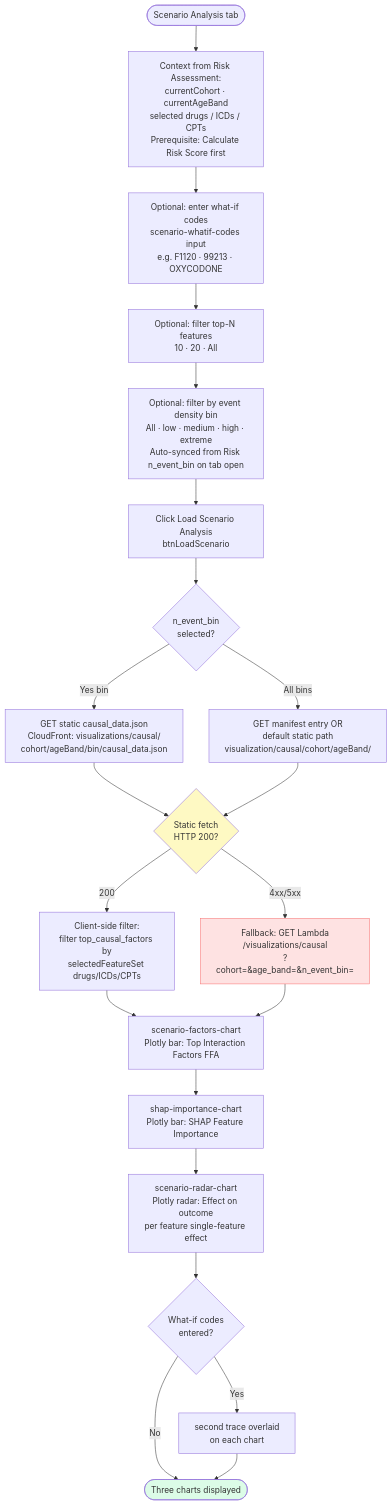
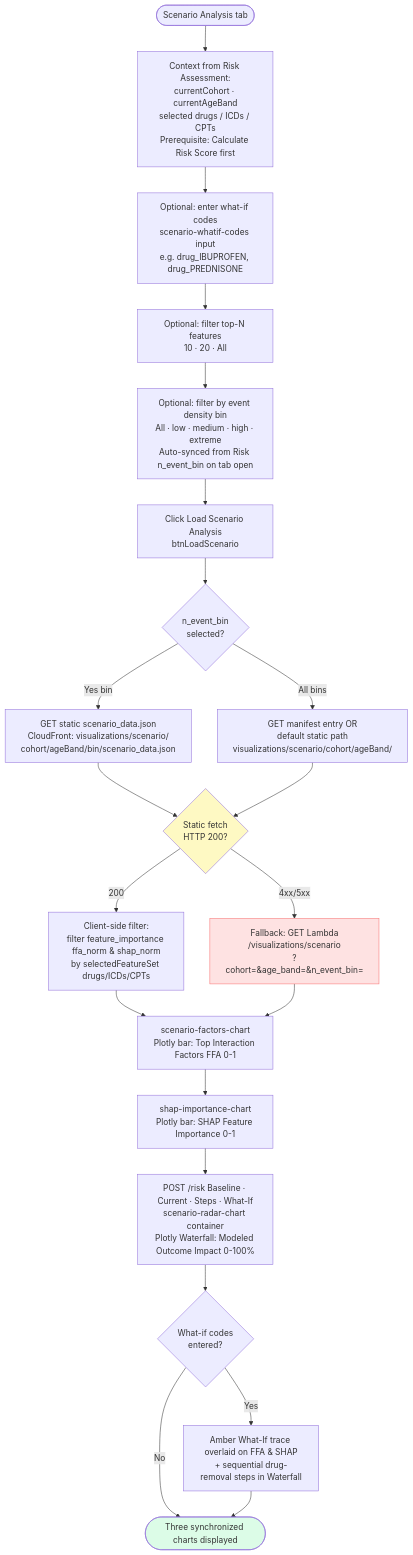
Before and after one commit to Jerome3590/pgx-analysis: the ninth of 13 diagrams in 10_risk_dashboard/README.md, drawn with Mermaid. The commit also changed other lines of this file and 2 other files, not shown here.

Commit message:
feat(dashboard): sync Scenario Analysis Outcome Waterfall, ffa_norm, and README workflows

````diff
--- a/10_risk_dashboard/README.md
+++ b/10_risk_dashboard/README.md
@@ -667,27 +667,27 @@
 ```mermaid
 flowchart TD
     A(["Scenario Analysis tab"]) --> B["Context from Risk Assessment:\ncurrentCohort · currentAgeBand\nselected drugs / ICDs / CPTs\nPrerequisite: Calculate Risk Score first"]
-    B --> C["Optional: enter what-if codes\nscenario-whatif-codes input\ne.g. F1120 · 99213 · OXYCODONE"]
+    B --> C["Optional: enter what-if codes\nscenario-whatif-codes input\ne.g. drug_IBUPROFEN, drug_PREDNISONE"]
     C --> D["Optional: filter top-N features\n10 · 20 · All"]
     D --> E["Optional: filter by event density bin\nAll · low · medium · high · extreme\nAuto-synced from Risk n_event_bin on tab open"]
     E --> F["Click Load Scenario Analysis\nbtnLoadScenario"]
     F --> G{"n_event_bin\nselected?"}
-    G -->|Yes bin| H["GET static causal_data.json\nCloudFront: visualizations/causal/\ncohort/ageBand/bin/causal_data.json"]
-    G -->|All bins| I["GET manifest entry OR\ndefault static path\nvisualization/causal/cohort/ageBand/"]
+    G -->|Yes bin| H["GET static scenario_data.json\nCloudFront: visualizations/scenario/\ncohort/ageBand/bin/scenario_data.json"]
+    G -->|All bins| I["GET manifest entry OR\ndefault static path\nvisualizations/scenario/cohort/ageBand/"]
     H --> J{"Static fetch\nHTTP 200?"}
     I --> J
-    J -->|200| K["Client-side filter:\nfilter top_causal_factors by\nselectedFeatureSet drugs/ICDs/CPTs"]
-    J -->|"4xx/5xx"| L["Fallback: GET Lambda\n/visualizations/causal\n?cohort=&age_band=&n_event_bin="]
-    K --> M["scenario-factors-chart\nPlotly bar: Top Interaction Factors FFA"]
+    J -->|200| K["Client-side filter:\nfilter feature_importance ffa_norm & shap_norm\nby selectedFeatureSet drugs/ICDs/CPTs"]
+    J -->|"4xx/5xx"| L["Fallback: GET Lambda\n/visualizations/scenario\n?cohort=&age_band=&n_event_bin="]
+    K --> M["scenario-factors-chart\nPlotly bar: Top Interaction Factors FFA 0-1"]
     L --> M
-    M --> N["shap-importance-chart\nPlotly bar: SHAP Feature Importance"]
-    N --> O["scenario-radar-chart\nPlotly radar: Effect on outcome\nper feature single-feature effect"]
+    M --> N["shap-importance-chart\nPlotly bar: SHAP Feature Importance 0-1"]
+    N --> O["POST /risk Baseline · Current · Steps · What-If\nscenario-radar-chart container\nPlotly Waterfall: Modeled Outcome Impact 0-100%"]
     O --> P{"What-if codes\nentered?"}
-    P -->|Yes| Q["second trace overlaid\non each chart"]
-    P -->|No| R(["Three charts displayed"])
+    P -->|Yes| Q["Amber What-If trace overlaid on FFA & SHAP\n+ sequential drug-removal steps in Waterfall"]
+    P -->|No| R(["Three synchronized charts displayed"])
     Q --> R
 
     style J fill:#fef9c3
     style L fill:#fee2e2,stroke:#f87171
     style R fill:#dcfce7
 ```
````
